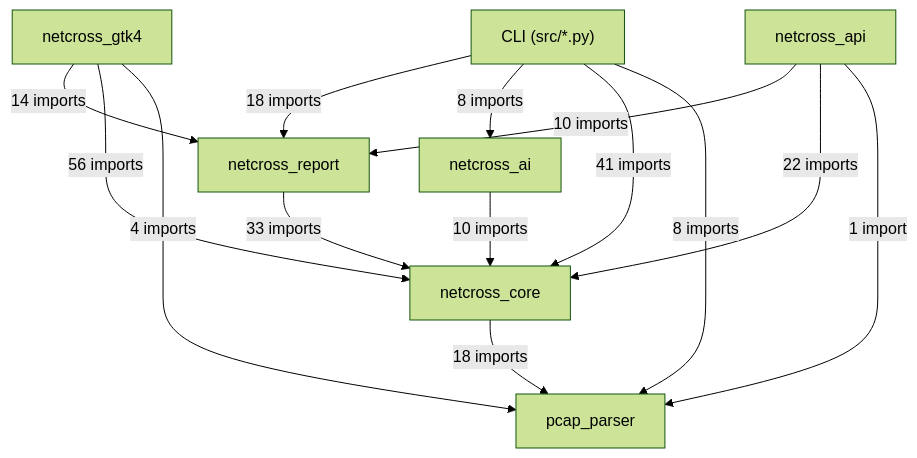
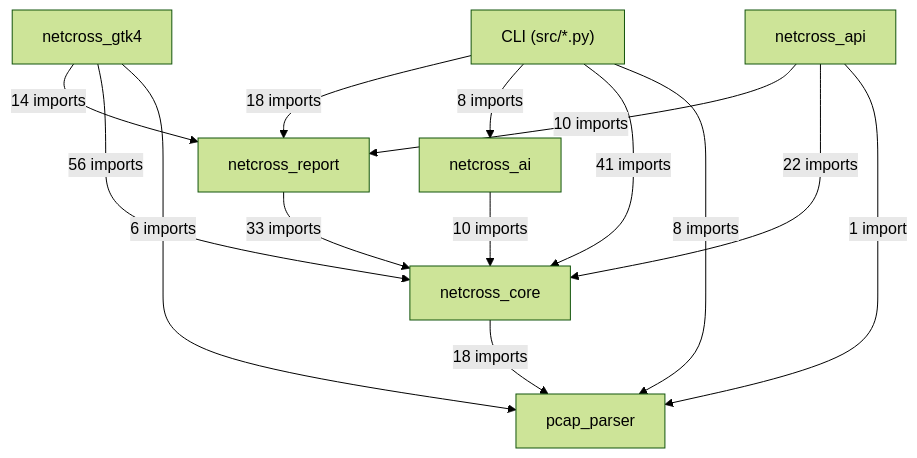
The first of 19 diagrams in docs/class-diagram.md (Mathide-Team/Netcross), drawn with Mermaid (forest theme) before and after one commit. The commit also changed other lines of this file and 7 other files, not shown here.

````diff
--- a/docs/class-diagram.md
+++ b/docs/class-diagram.md
@@ -26,23 +26,23 @@
 ```mermaid
 flowchart TD
     CLI["CLI (src/*.py)"]
     netcross_gtk4["netcross_gtk4"]
     netcross_api["netcross_api"]
     netcross_report["netcross_report"]
     netcross_ai["netcross_ai"]
     netcross_core["netcross_core"]
     pcap_parser["pcap_parser"]
     CLI -->|"18 imports"| netcross_report
     CLI -->|"8 imports"| netcross_ai
     CLI -->|"41 imports"| netcross_core
     CLI -->|"8 imports"| pcap_parser
     netcross_gtk4 -->|"14 imports"| netcross_report
     netcross_gtk4 -->|"56 imports"| netcross_core
-    netcross_gtk4 -->|"4 imports"| pcap_parser
+    netcross_gtk4 -->|"6 imports"| pcap_parser
     netcross_api -->|"10 imports"| netcross_report
     netcross_api -->|"22 imports"| netcross_core
     netcross_api -->|"1 import"| pcap_parser
     netcross_report -->|"33 imports"| netcross_core
     netcross_ai -->|"10 imports"| netcross_core
     netcross_core -->|"18 imports"| pcap_parser
 ```
````
